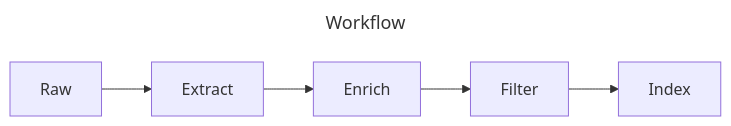
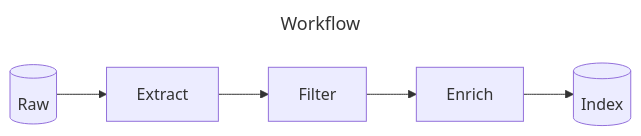
Before and after one commit to microsoft/synthetic-rag-index: the first of 3 diagrams in README.md, drawn with Mermaid.

Commit message:
doc: Fix workflow order

````diff
--- a/README.md
+++ b/README.md
@@ -17,16 +17,16 @@
 ```mermaid
 ---
 title: Workflow
 ---
 graph LR
   enrich["Enrich"]
   extract["Extract"]
   filter["Filter"]
-  index["Index"]
-  raw["Raw"]
+  index[("Index")]
+  raw[("Raw")]
 
-  enrich --> filter
-  extract --> enrich
-  filter --> index
+  enrich --> index
+  extract --> filter
+  filter --> enrich
   raw --> extract
 ```
````
